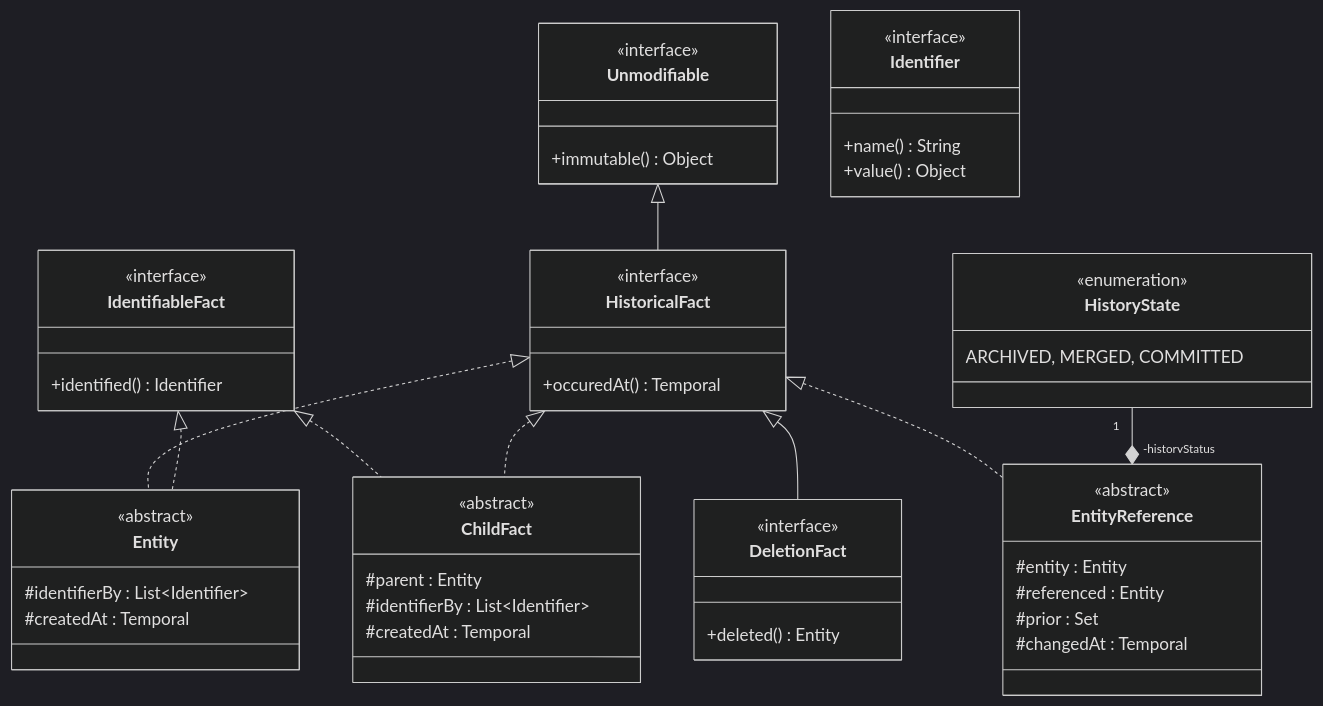
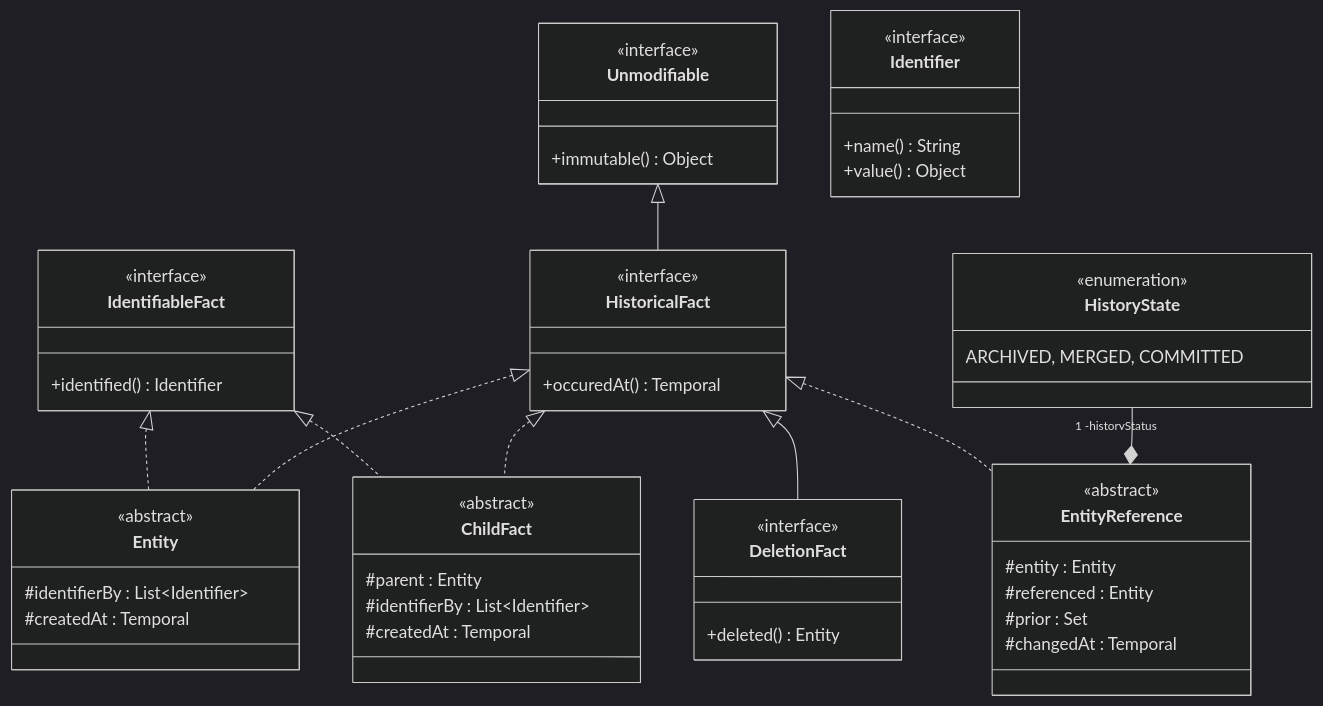
One commit to cybnity/foundation changed the diagram in implementations-line/framework/immutable/README.md. Above: the diagram before and after it, drawn with Mermaid (dark theme).

````diff
--- a/implementations-line/framework/immutable/README.md
+++ b/implementations-line/framework/immutable/README.md
@@ -27,54 +27,54 @@
 ```mermaid
 classDiagram
+    IdentifiableFact <|.. Entity
     HistoricalFact <|.. Entity
-    IdentifiableFact <|.. Entity
     IdentifiableFact <|.. ChildFact
     Unmodifiable <|-- HistoricalFact
     HistoricalFact <|.. ChildFact
     HistoricalFact <|-- DeletionFact
     HistoricalFact <|.. EntityReference
-    HistoryState "1" --* "-historyStatus" EntityReference
+    HistoryState "1 -historyStatus"--* EntityReference
     class HistoricalFact {
         <<interface>>
         +occuredAt() Temporal
     }
     class IdentifiableFact {
         <<interface>>
         +identified() Identifier
     }
     class Entity {
         <<abstract>>
         #identifierBy : List~Identifier~
         #createdAt : Temporal
     }
     class ChildFact {
         <<abstract>>
         #parent : Entity
         #identifierBy : List~Identifier~
         #createdAt : Temporal
     }
     class DeletionFact {
         <<interface>>
         +deleted() Entity
     }
     class Unmodifiable {
         <<interface>>
         +immutable() Object
     }
     class Identifier {
         <<interface>>
         +name() String
         +value() Object
     }
     class HistoryState {
         <<enumeration>>
         ARCHIVED, MERGED, COMMITTED
     }
     class EntityReference {
         <<abstract>>
         #entity : Entity
         #referenced : Entity
         #prior : Set<EntityReference>
         #changedAt : Temporal
     }
 ```
````
